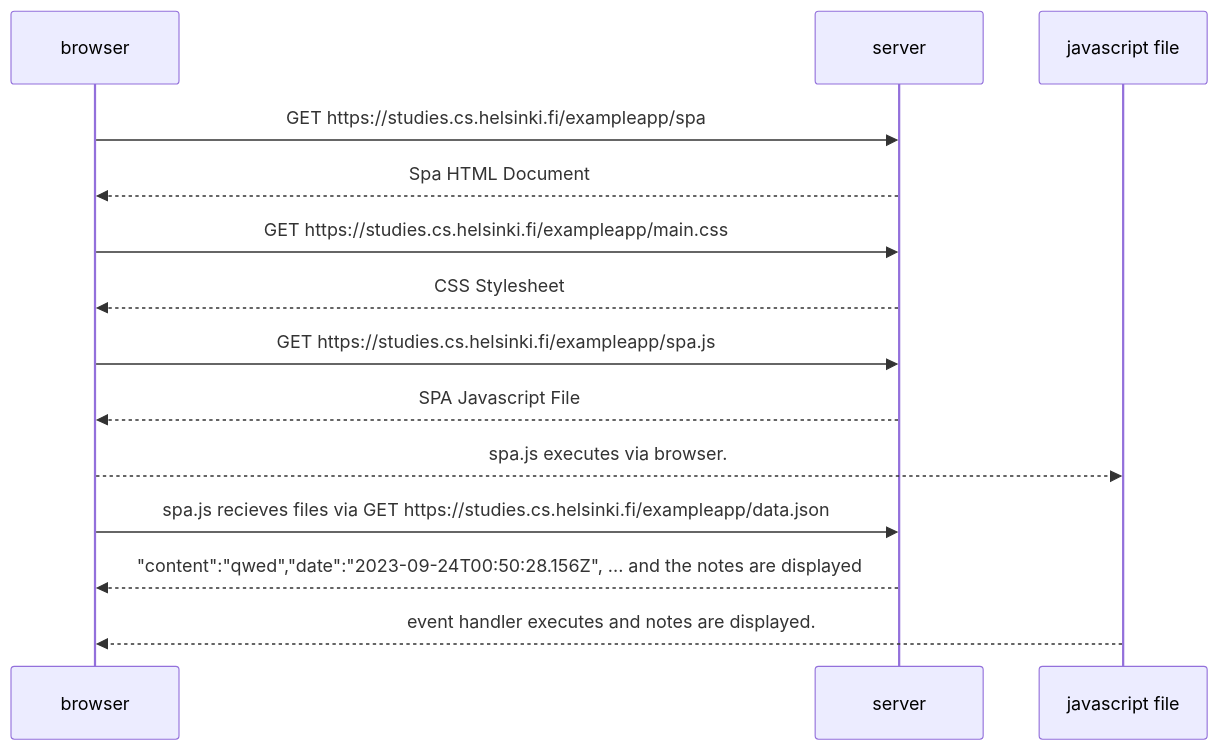
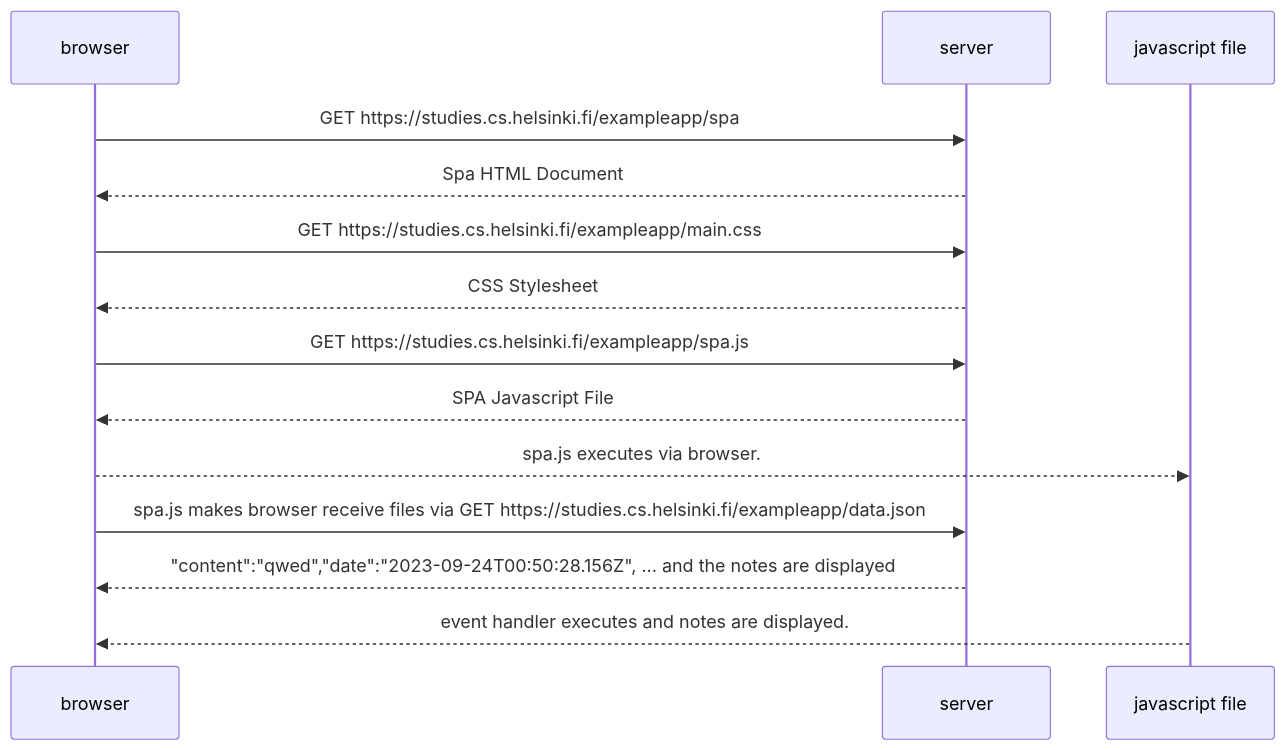
One commit to adrian-qorbani/fullstackopen changed the diagram in part0/0-5.md. Above: the diagram before and after it, drawn with Mermaid.

Commit message:
final solution

````diff
--- a/part0/0-5.md
+++ b/part0/0-5.md
@@ -4,13 +4,13 @@
 ```mermaid
 sequenceDiagram;
   browser->>server: GET https://studies.cs.helsinki.fi/exampleapp/spa
   server-->>browser: Spa HTML Document
   browser->>server: GET https://studies.cs.helsinki.fi/exampleapp/main.css
   server-->>browser: CSS Stylesheet
   browser->>server: GET https://studies.cs.helsinki.fi/exampleapp/spa.js
   server-->>browser: SPA Javascript File
   browser-->>javascript file: spa.js executes via browser.
-  browser->>server: spa.js recieves files via GET https://studies.cs.helsinki.fi/exampleapp/data.json
+  browser->>server: spa.js makes browser receive files via GET https://studies.cs.helsinki.fi/exampleapp/data.json
   server-->>browser: "content":"qwed","date":"2023-09-24T00:50:28.156Z", ... and the notes are displayed
   javascript file -->>browser : event handler executes and notes are displayed.
 ```
````
